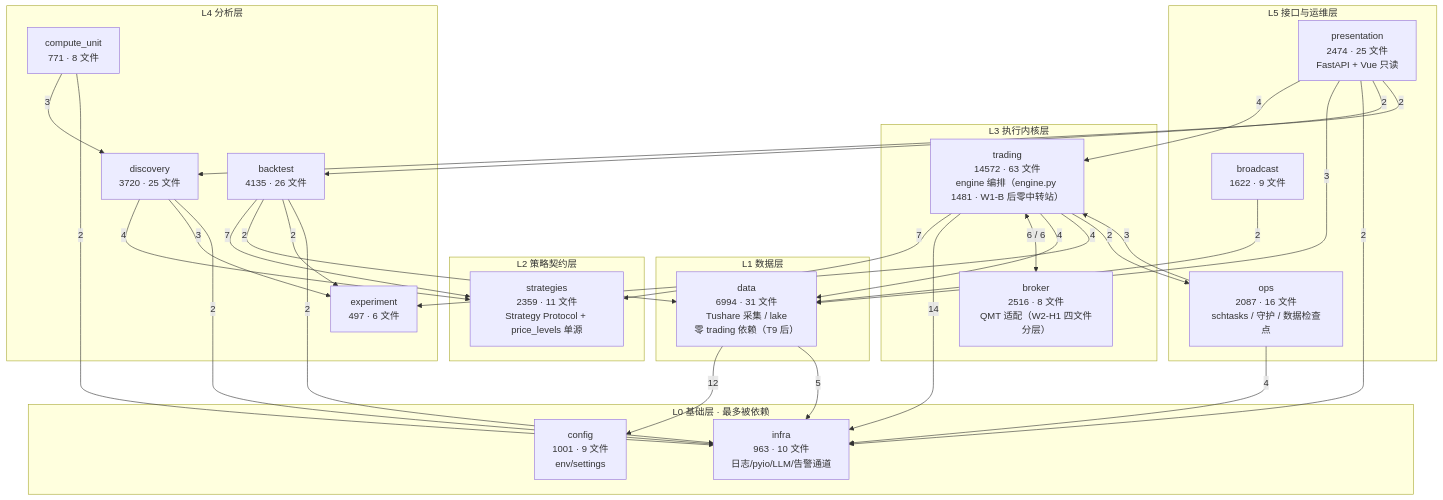
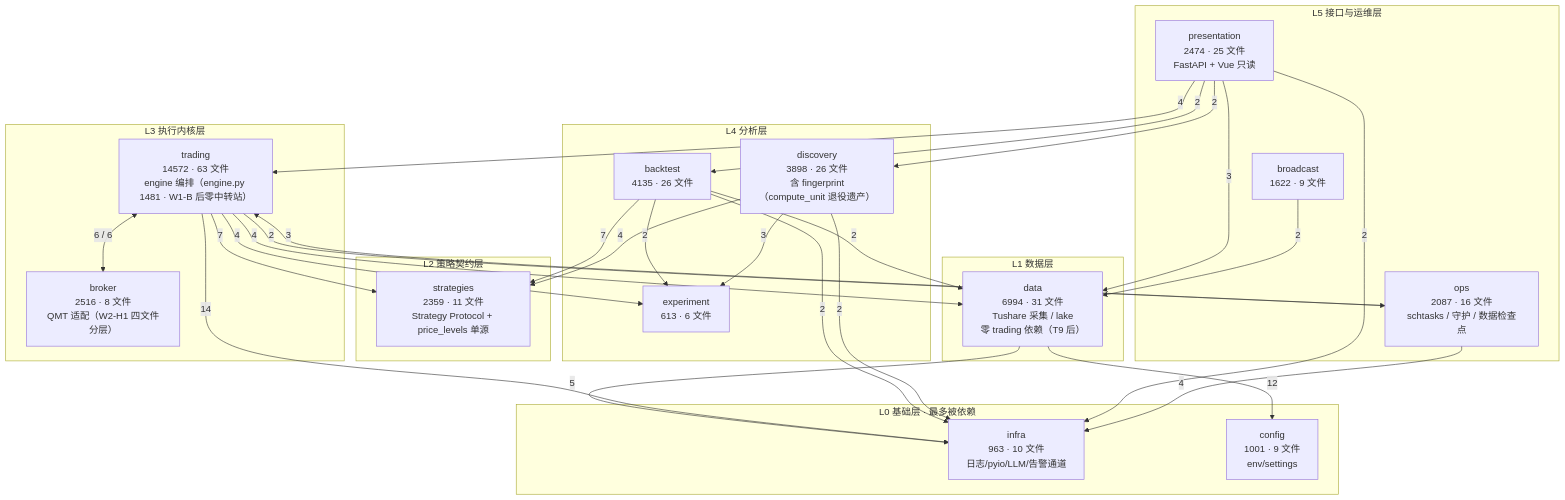
Before and after one commit to yzzhan960104-glitch/quanter: the first of 2 diagrams in docs/architecture/02-module-dependencies.md, drawn with Mermaid. The commit also changed other lines of this file and 5 other files, not shown here.

Commit message:
docs(debt): T4 活文档同步 + ADR-17 退役裁决——README §9.4 换墓碑注记+模块表行删除/测试体系顺位升 9.4；02 依赖图重数(12 包 44.6k 行 240 文件,infra 入边构成订正,次要边 discovery→compute_unit 出 experiment→infra 入)；06 债务除名；roadmap Phase 3 角色改'重建优于复活'；新增 ADR-17 记录裁决/指纹迁移恒等留证/hash 预期重估(ce16cc4ee4de→26028e24860e)/复活路径

````diff
--- a/docs/architecture/02-module-dependencies.md
+++ b/docs/architecture/02-module-dependencies.md
@@ -13,54 +13,51 @@
 ```mermaid
 flowchart TB
   subgraph L0["L0 基础层 · 最多被依赖"]
     infra["infra<br/>963 · 10 文件<br/>日志/pyio/LLM/告警通道"]
     config["config<br/>1001 · 9 文件<br/>env/settings"]
   end
   subgraph L1["L1 数据层"]
     data["data<br/>6994 · 31 文件<br/>Tushare 采集 / lake<br/>零 trading 依赖（T9 后）"]
   end
   subgraph L2["L2 策略契约层"]
     strategies["strategies<br/>2359 · 11 文件<br/>Strategy Protocol + price_levels 单源"]
   end
   subgraph L3["L3 执行内核层"]
     trading["trading<br/>14572 · 63 文件<br/>engine 编排（engine.py 1481 · W1-B 后零中转站）"]
     broker["broker<br/>2516 · 8 文件<br/>QMT 适配（W2-H1 四文件分层）"]
   end
   subgraph L4["L4 分析层"]
     backtest["backtest<br/>4135 · 26 文件"]
-    discovery["discovery<br/>3720 · 25 文件"]
-    experiment["experiment<br/>497 · 6 文件"]
-    compute_unit["compute_unit<br/>771 · 8 文件"]
+    discovery["discovery<br/>3898 · 26 文件<br/>含 fingerprint（compute_unit 退役遗产）"]
+    experiment["experiment<br/>613 · 6 文件"]
   end
   subgraph L5["L5 接口与运维层"]
     presentation["presentation<br/>2474 · 25 文件<br/>FastAPI + Vue 只读"]
     broadcast["broadcast<br/>1622 · 9 文件"]
     ops["ops<br/>2087 · 16 文件<br/>schtasks / 守护 / 数据检查点"]
   end
 
   data -->|12| config
   data -->|5| infra
   backtest -->|7| strategies
   discovery -->|4| strategies
   trading -->|7| strategies
   trading -->|14| infra
   trading <-->|6 / 6| broker
   trading -->|4| data
   trading -->|4| experiment
   trading -->|2| ops
   presentation -->|4| trading
   backtest -->|2| data
   backtest -->|2| experiment
   backtest -->|2| infra
   discovery -->|3| experiment
   discovery -->|2| infra
-  compute_unit -->|3| discovery
-  compute_unit -->|2| infra
   presentation -->|3| data
   presentation -->|2| infra
   presentation -->|2| backtest
   presentation -->|2| discovery
   ops -->|4| infra
   ops -->|3| trading
   broadcast -->|2| data
 ```
````
